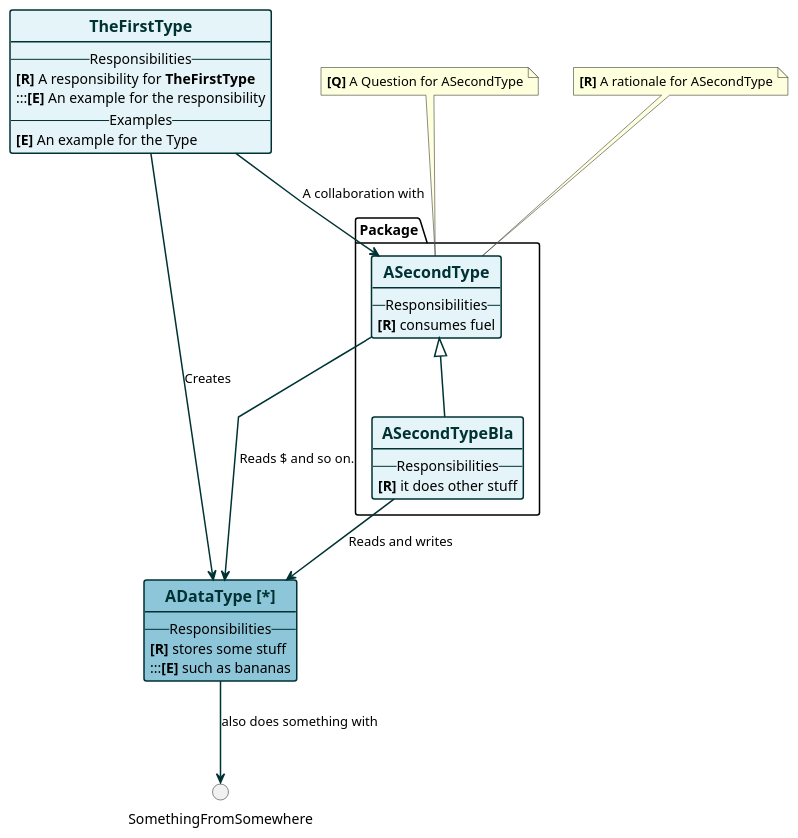
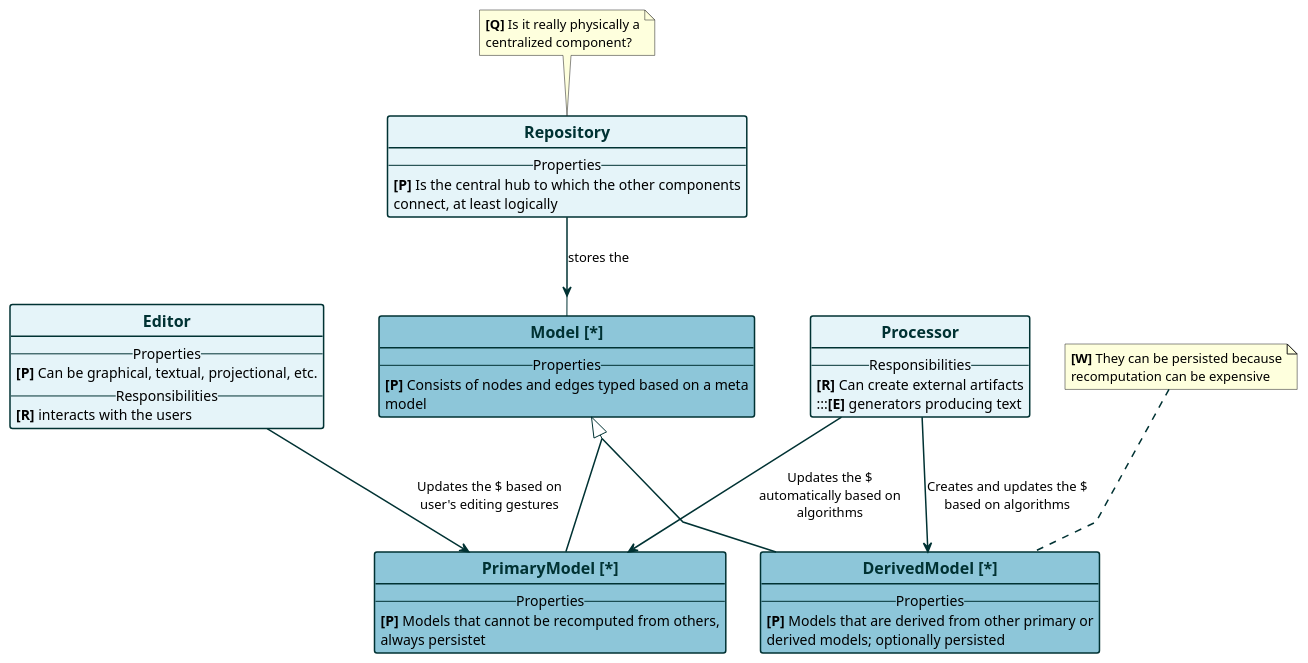
One commit to markusvoelter/CRCPlusPlus changed the diagram in example.md.plantuml. Above: the diagram before and after it, drawn with PlantUML. The commit also changed 2 other files, not shown here.

Commit message:
better example

```diff
--- a/example.md.plantuml
+++ b/example.md.plantuml
@@ -1,46 +1,53 @@
 @startuml
 skinparam class {
   BackgroundColor #e5f4f9
   BackgroundColor<<data>> #8dc6d9
   BackgroundColor<<proxy>> #8dc6d9
   ArrowColor #003233
   BorderColor #003233
   ArrowThickness 1.5
   BorderThickness 1.5
   FontColor #003233
 }
 skinparam linetype polyline
+skinparam groupInheritance 2
 hide circles
 hide stereotype
 set separator ::
 
-class "<b><size:16>TheFirstType</size></b>" as TheFirstType  {
+class "<b><size:16>Repository</size></b>" as Repository  {
+-- Properties --
+  <b>[P]</b> Is the central hub to which the other components\nconnect, at least logically
+}
+note top of Repository : <b>[Q]</b> Is it really physically a\ncentralized component?
+Repository --> Model : stores the
+class "<b><size:16>Editor</size></b>" as Editor  {
+-- Properties --
+  <b>[P]</b> Can be graphical, textual, projectional, etc.
 -- Responsibilities --
-  <b>[R]</b> A responsibility for <b>TheFirstType</b>
-  :::<b>[E]</b> An example for the responsibility
--- Examples --
-  <b>[E]</b> An example for the Type
+  <b>[R]</b> interacts with the users
 }
-TheFirstType --> Package::ASecondType : A collaboration with
-TheFirstType --> ADataType : Creates
-class "<b><size:16>ASecondType</size></b>" as Package::ASecondType  {
+Editor --> PrimaryModel : Updates the $ based on\nuser's editing gestures
+class "<b><size:16>Processor</size></b>" as Processor  {
 -- Responsibilities --
-  <b>[R]</b> consumes fuel
+  <b>[R]</b> Can create external artifacts
+  :::<b>[E]</b> generators producing text
 }
-note top of Package::ASecondType : <b>[Q]</b> A Question for ASecondType
-note top of Package::ASecondType : <b>[R]</b> A rationale for ASecondType
-Package::ASecondType --> ADataType : Reads $ and so on.
-class "<b><size:16>ASecondTypeBla</size></b>" as Package::ASecondTypeBla  {
--- Responsibilities --
-  <b>[R]</b> it does other stuff
+Processor --> PrimaryModel : Updates the $\nautomatically based on\nalgorithms
+Processor --> DerivedModel : Creates and updates the $\nbased on algorithms
+class "<b><size:16>Model [*]</size></b>" as Model <<data>> {
+-- Properties --
+  <b>[P]</b> Consists of nodes and edges typed based on a meta\nmodel
 }
-Package::ASecondTypeBla --> ADataType : Reads and writes
-Package::ASecondType <|-- Package::ASecondTypeBla
-circle SomethingFromSomewhere
-class "<b><size:16>ADataType [*]</size></b>" as ADataType <<data>> {
--- Responsibilities --
-  <b>[R]</b> stores some stuff
-  :::<b>[E]</b> such as bananas
+class "<b><size:16>PrimaryModel [*]</size></b>" as PrimaryModel <<data>> {
+-- Properties --
+  <b>[P]</b> Models that cannot be recomputed from others,\nalways persistet
 }
-ADataType --> SomethingFromSomewhere : also does something with
+Model <|-- PrimaryModel
+class "<b><size:16>DerivedModel [*]</size></b>" as DerivedModel <<data>> {
+-- Properties --
+  <b>[P]</b> Models that are derived from other primary or\nderived models; optionally persisted
+}
+note top of DerivedModel : <b>[W]</b> They can be persisted because\nrecomputation can be expensive
+Model <|-- DerivedModel
 @enduml
```
